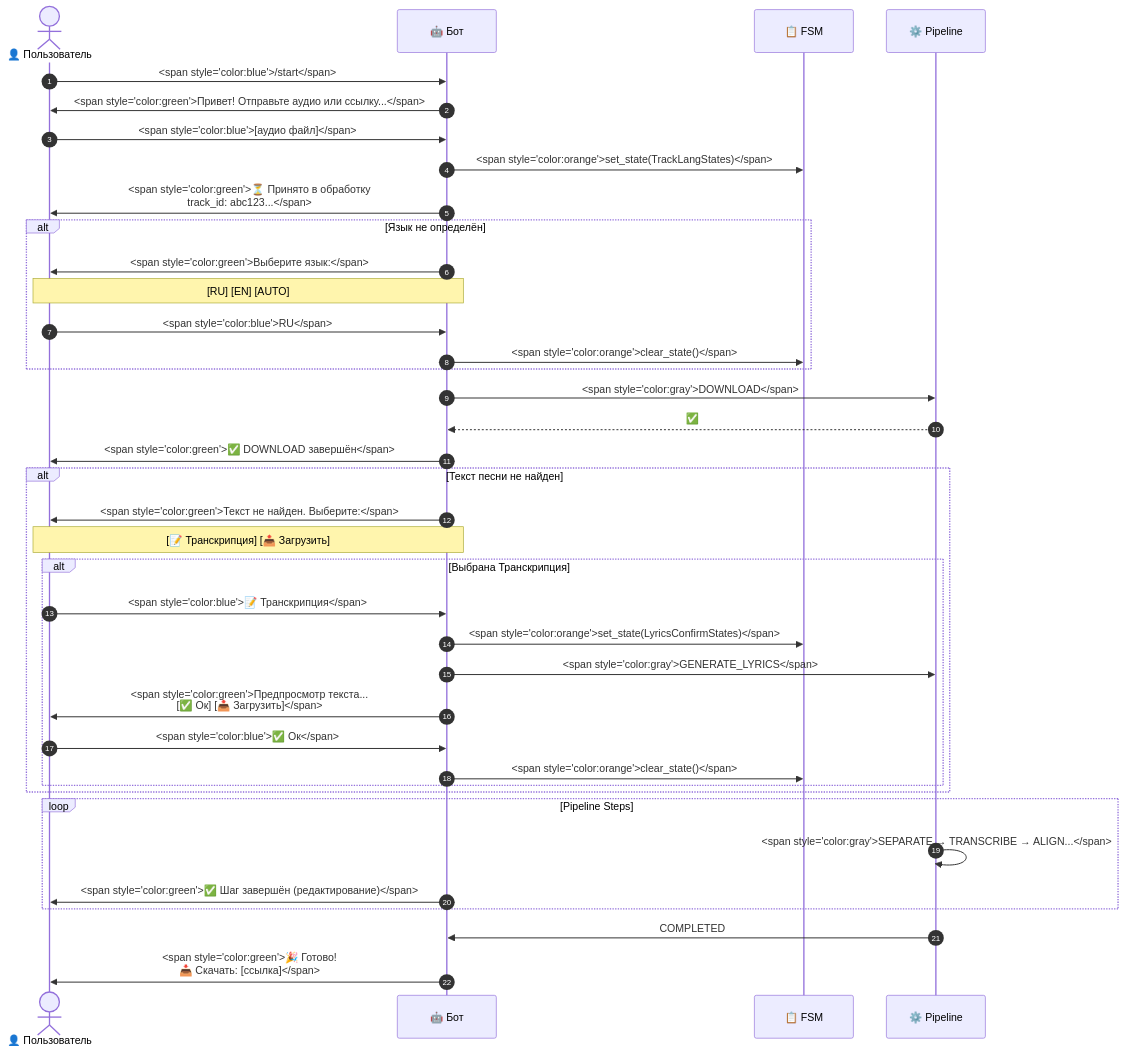
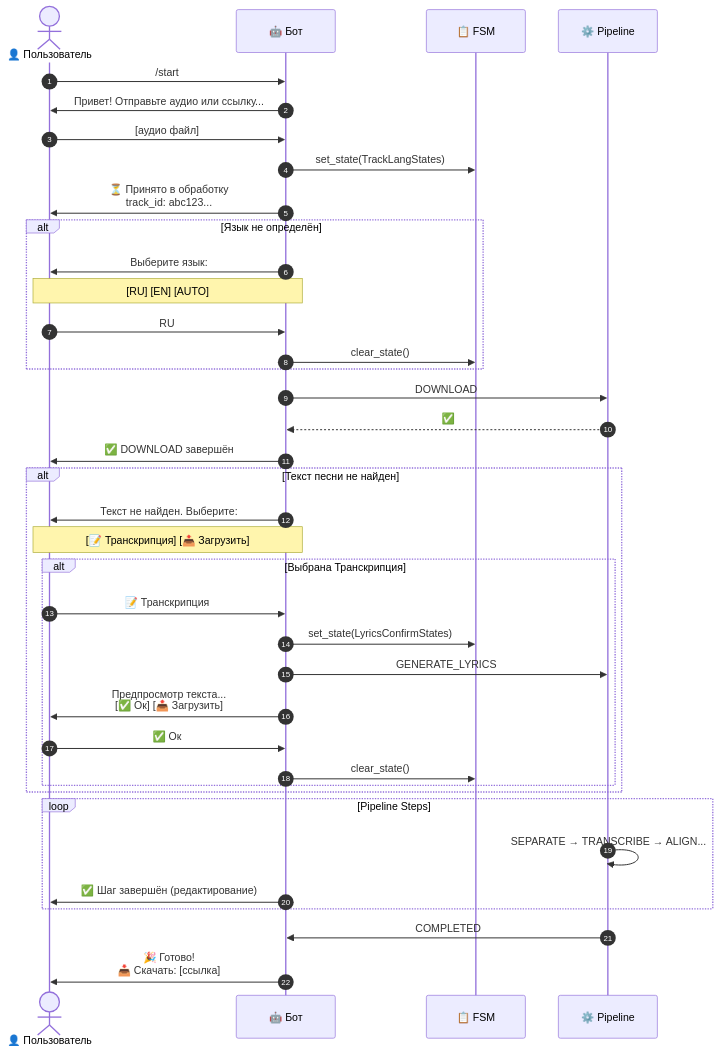
Before and after one commit to rabdalov/agent-test: the first of 6 diagrams in docs/architecture/message-flow.md, drawn with Mermaid. The commit also changed other lines of this file, not shown here.

````diff
--- a/docs/architecture/message-flow.md
+++ b/docs/architecture/message-flow.md
@@ -17,48 +9,48 @@
 ```mermaid
 sequenceDiagram
     autonumber
     actor U as 👤 Пользователь
     participant B as 🤖 Бот
     participant FSM as 📋 FSM
     participant P as ⚙️ Pipeline
 
-    U->>B: <span style="color:blue">/start</span>
-    B->>U: <span style="color:green">Привет! Отправьте аудио или ссылку...</span>
+    U->>B: /start
+    B->>U: Привет! Отправьте аудио или ссылку...
 
-    U->>B: <span style="color:blue">[аудио файл]</span>
-    B->>FSM: <span style="color:orange">set_state(TrackLangStates)</span>
-    B->>U: <span style="color:green">⏳ Принято в обработку<br/>track_id: abc123...</span>
+    U->>B: [аудио файл]
+    B->>FSM: set_state(TrackLangStates)
+    B->>U: ⏳ Принято в обработку<br/>track_id: abc123...
 
     alt Язык не определён
-        B->>U: <span style="color:green">Выберите язык:</span>
+        B->>U: Выберите язык:
         Note over B,U: [RU] [EN] [AUTO]
-        U->>B: <span style="color:blue">RU</span>
-        B->>FSM: <span style="color:orange">clear_state()</span>
+        U->>B: RU
+        B->>FSM: clear_state()
     end
 
-    B->>P: <span style="color:gray">DOWNLOAD</span>
+    B->>P: DOWNLOAD
     P-->>B: ✅
-    B->>U: <span style="color:green">✅ DOWNLOAD завершён</span>
+    B->>U: ✅ DOWNLOAD завершён
 
     alt Текст песни не найден
-        B->>U: <span style="color:green">Текст не найден. Выберите:</span>
+        B->>U: Текст не найден. Выберите:
         Note over B,U: [📝 Транскрипция] [📤 Загрузить]
         
         alt Выбрана Транскрипция
-            U->>B: <span style="color:blue">📝 Транскрипция</span>
-            B->>FSM: <span style="color:orange">set_state(LyricsConfirmStates)</span>
-            B->>P: <span style="color:gray">GENERATE_LYRICS</span>
-            B->>U: <span style="color:green">Предпросмотр текста...<br/>[✅ Ок] [📤 Загрузить]</span>
-            U->>B: <span style="color:blue">✅ Ок</span>
-            B->>FSM: <span style="color:orange">clear_state()</span>
+            U->>B: 📝 Транскрипция
+            B->>FSM: set_state(LyricsConfirmStates)
+            B->>P: GENERATE_LYRICS
+            B->>U: Предпросмотр текста...<br/>[✅ Ок] [📤 Загрузить]
+            U->>B: ✅ Ок
+            B->>FSM: clear_state()
         end
     end
 
     loop Pipeline Steps
-        P->>P: <span style="color:gray">SEPARATE → TRANSCRIBE → ALIGN...</span>
-        B->>U: <span style="color:green">✅ Шаг завершён (редактирование)</span>
+        P->>P: SEPARATE → TRANSCRIBE → ALIGN...
+        B->>U: ✅ Шаг завершён (редактирование)
     end
 
     P->>B: COMPLETED
-    B->>U: <span style="color:green">🎉 Готово!<br/>📥 Скачать: [ссылка]</span>
+    B->>U: 🎉 Готово!<br/>📥 Скачать: [ссылка]
 ```
````
